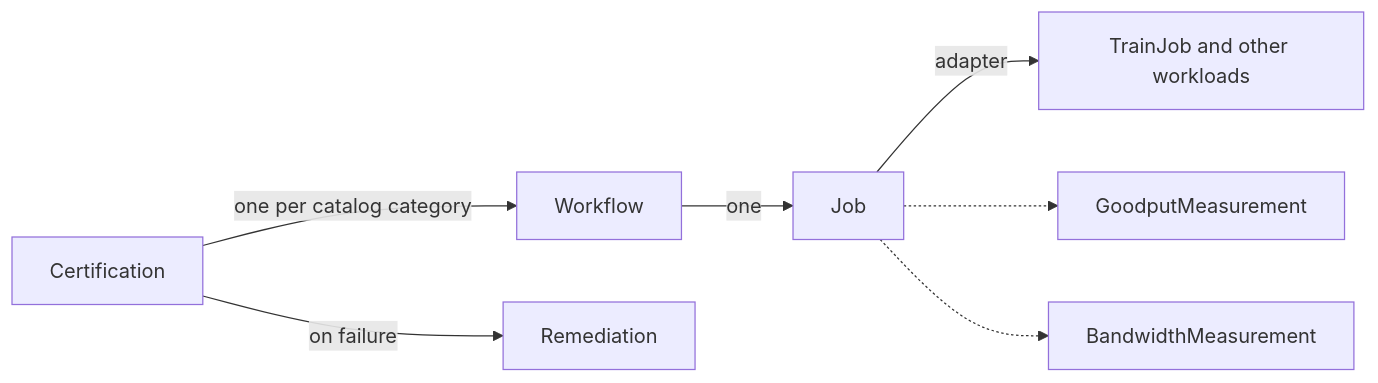
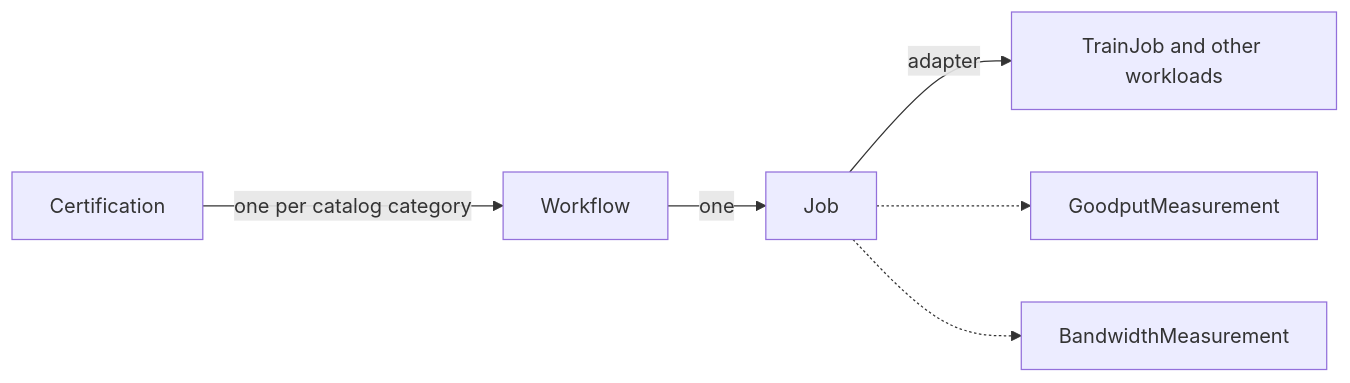
One commit to NVIDIA/cluster-readiness-engine changed the diagram in README.md. Above: the diagram before and after it, drawn with Mermaid. The commit also changed other lines of this file and 2 other files, not shown here.

First line of the commit message:
docs: remove stale remediation references and fix broken README examples (#22)

````diff
--- a/README.md
+++ b/README.md
@@ -28,9 +28,8 @@
 ```mermaid
 flowchart LR
     C[Certification] -->|one per catalog category| W[Workflow]
     W -->|one| J[Job]
     J -->|adapter| T[TrainJob and other workloads]
     J -.-> G[GoodputMeasurement]
     J -.-> B[BandwidthMeasurement]
-    C -->|on failure| R[Remediation]
 ```
````
